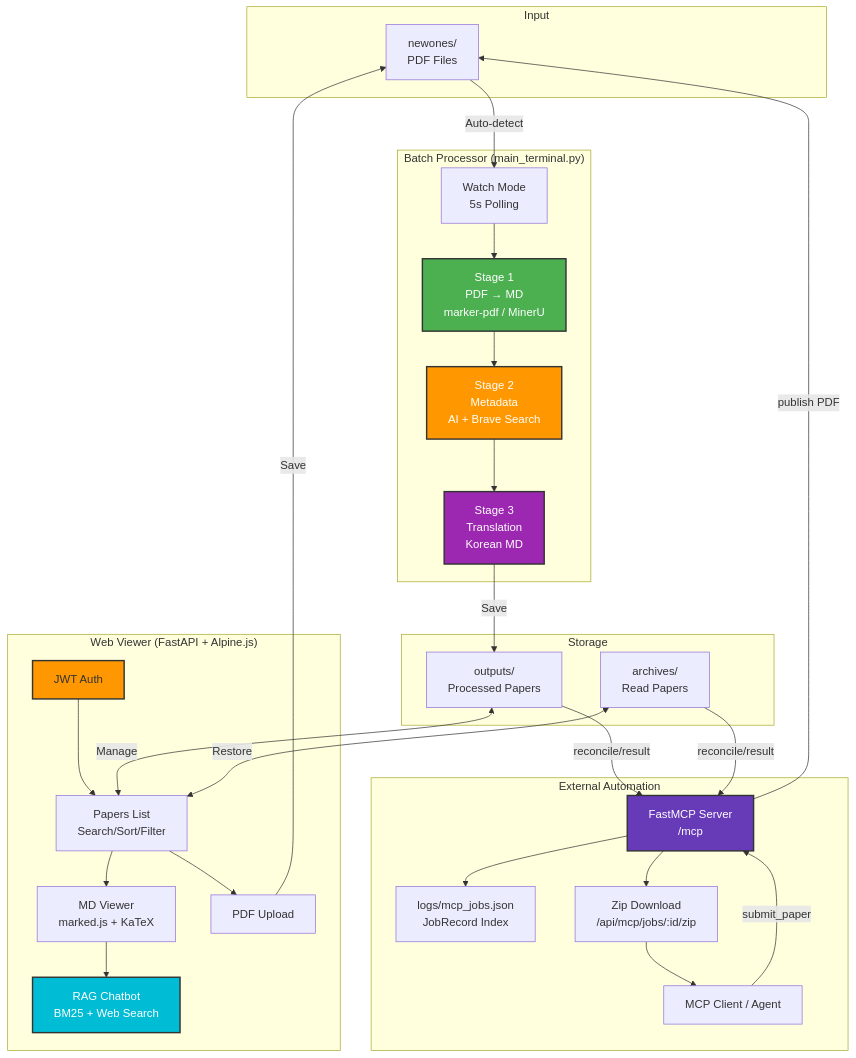
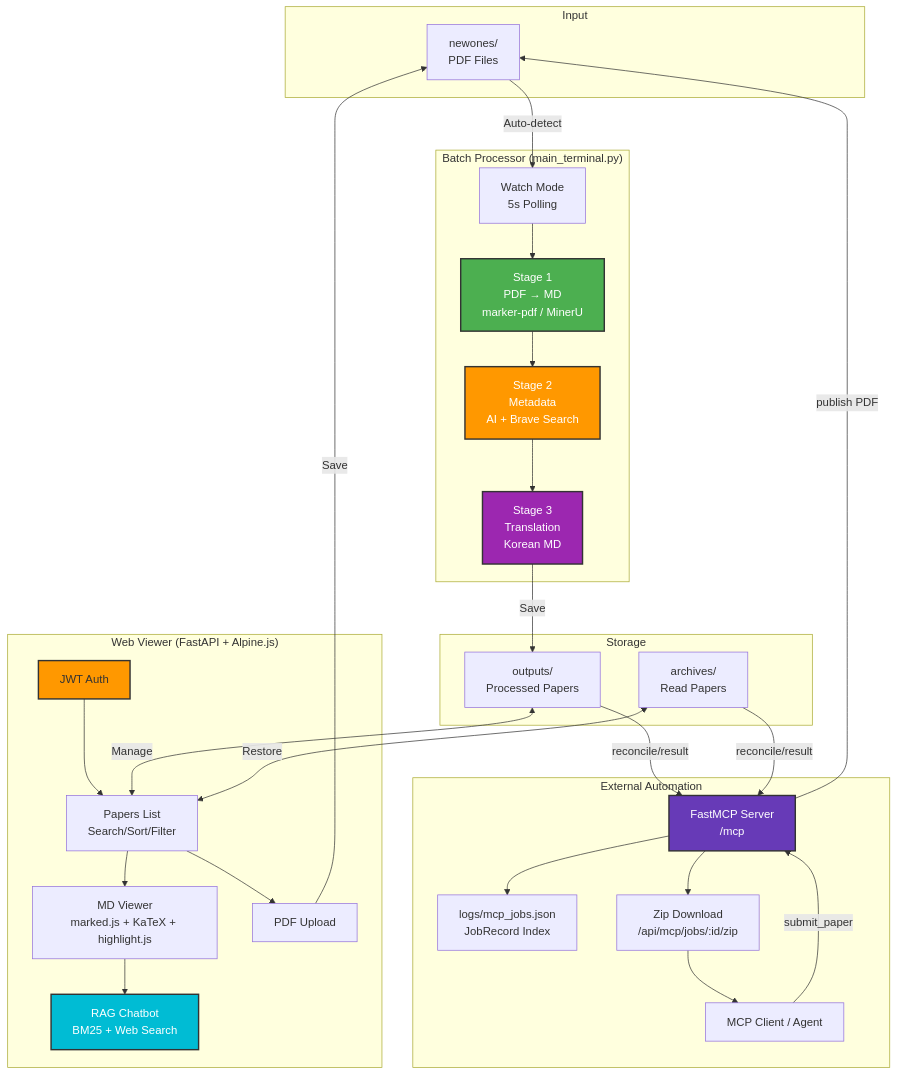
Before and after one commit to restful3/paperflow: the fourth of 6 diagrams in README.md, drawn with Mermaid. The commit also changed other lines of this file and 2 other files, not shown here.

````diff
--- a/README.md
+++ b/README.md
@@ -683,63 +686,63 @@
 ```mermaid
 graph TB
     subgraph "Input"
         PDF[newones/<br/>PDF Files]
     end
 
     subgraph "External Automation"
         Agent[MCP Client / Agent]
         MCP[FastMCP Server<br/>/mcp]
         Jobs[logs/mcp_jobs.json<br/>JobRecord Index]
         Zip[Zip Download<br/>/api/mcp/jobs/:id/zip]
 
         Agent -->|submit_paper| MCP
         MCP --> Jobs
         MCP -->|publish PDF| PDF
         MCP --> Zip
         Zip --> Agent
     end
 
     subgraph "Batch Processor (main_terminal.py)"
         Watch[Watch Mode<br/>5s Polling]
         S1[Stage 1<br/>PDF → MD<br/>marker-pdf / MinerU]
         S2[Stage 2<br/>Metadata<br/>AI + Brave Search]
         S3[Stage 3<br/>Translation<br/>Korean MD]
 
         Watch --> S1
         S1 --> S2
         S2 --> S3
     end
 
     subgraph "Storage"
         Outputs[outputs/<br/>Processed Papers]
         Archives[archives/<br/>Read Papers]
     end
 
     subgraph "Web Viewer (FastAPI + Alpine.js)"
         Auth[JWT Auth]
         List[Papers List<br/>Search/Sort/Filter]
-        Viewer[MD Viewer<br/>marked.js + KaTeX]
+        Viewer[MD Viewer<br/>marked.js + KaTeX + highlight.js]
         Chat[RAG Chatbot<br/>BM25 + Web Search]
         Upload[PDF Upload]
 
         Auth --> List
         List --> Viewer
         Viewer --> Chat
         List --> Upload
     end
 
     PDF -->|Auto-detect| Watch
     S3 -->|Save| Outputs
     Outputs -->|reconcile/result| MCP
     Archives -->|reconcile/result| MCP
     Outputs <-->|Manage| List
     Archives <-->|Restore| List
     Upload -->|Save| PDF
 
     style S1 fill:#4CAF50,stroke:#333,stroke-width:2px,color:#fff
     style S2 fill:#FF9800,stroke:#333,stroke-width:2px,color:#fff
     style S3 fill:#9C27B0,stroke:#333,stroke-width:2px,color:#fff
     style Auth fill:#FF9800,stroke:#333,stroke-width:2px
     style Chat fill:#00BCD4,stroke:#333,stroke-width:2px,color:#fff
     style MCP fill:#673AB7,stroke:#333,stroke-width:2px,color:#fff
 ```
````
